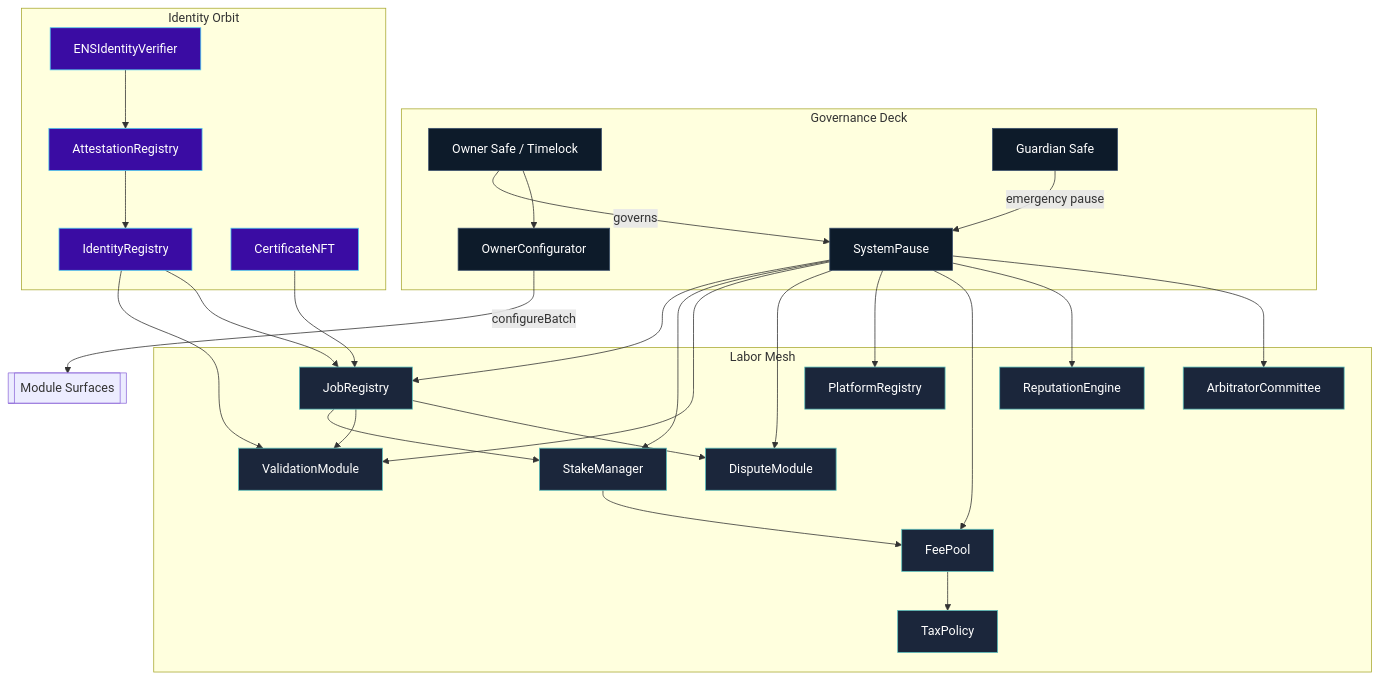
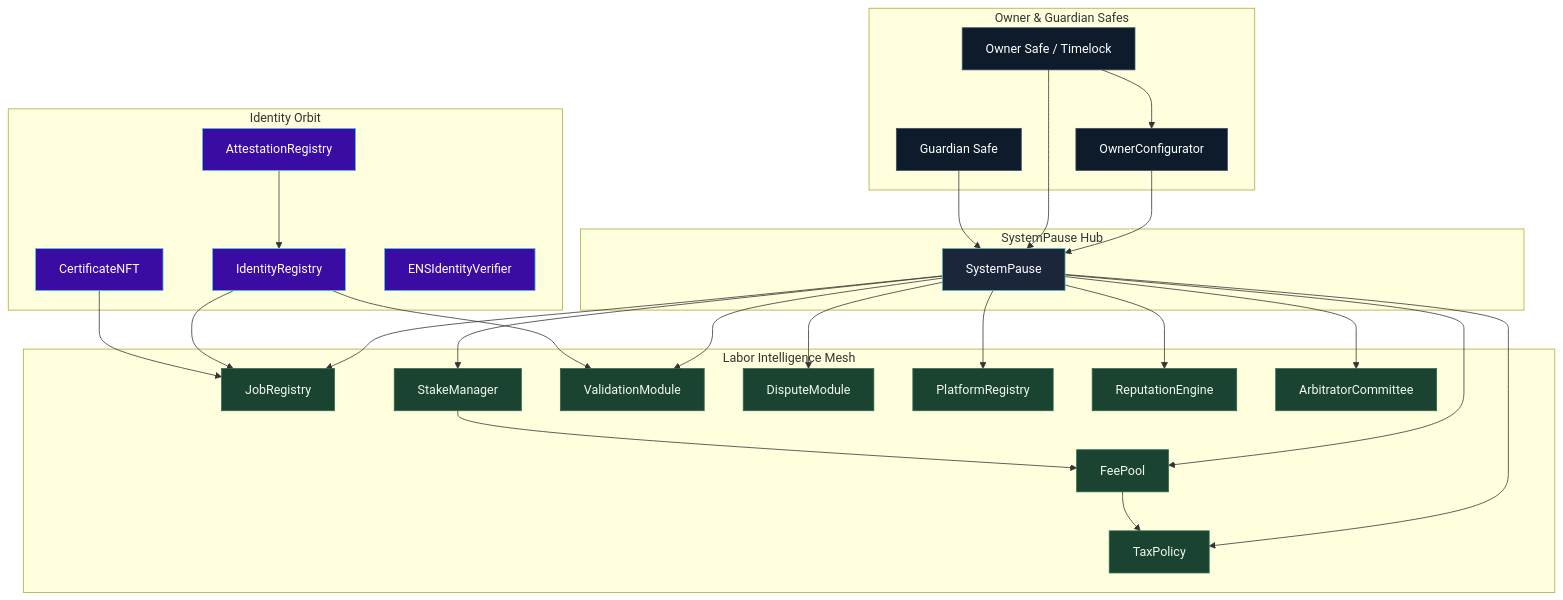
One commit to MontrealAI/agijobs-sovereign-labor-v0p1 changed the first of 3 diagrams in README.md. Above: the diagram before and after it, drawn with Mermaid. The commit also changed other lines of this file and 7 other files, not shown here.

````diff
--- a/README.md
+++ b/README.md
@@ -50,49 +44,53 @@
 ```mermaid
-flowchart TB
-    subgraph Governance Deck
+flowchart TD
+    subgraph Governance[Owner & Guardian Safes]
         owner[Owner Safe / Timelock]
         guardian[Guardian Safe]
         configurator[OwnerConfigurator]
+    end
+
+    subgraph Control[SystemPause Hub]
         pause[SystemPause]
     end
-    subgraph Labor Mesh
+
+    subgraph LaborMesh[Labor Intelligence Mesh]
         job[JobRegistry]
         stake[StakeManager]
         validate[ValidationModule]
         dispute[DisputeModule]
         platform[PlatformRegistry]
         fee[FeePool]
         rep[ReputationEngine]
         arb[ArbitratorCommittee]
         tax[TaxPolicy]
     end
-    subgraph Identity Orbit
-        id[IdentityRegistry]
-        att[AttestationRegistry]
+
+    subgraph Identity[Identity Orbit]
+        identityRegistry[IdentityRegistry]
+        attest[AttestationRegistry]
         cert[CertificateNFT]
         ens[ENSIdentityVerifier]
     end
 
-    owner -->|governs| pause
-    guardian -->|emergency pause| pause
     owner --> configurator
-    configurator -->|configureBatch| laborMesh[[Module Surfaces]]
-    pause --> job & stake & validate & dispute & platform & fee & rep & arb
-    job --> stake
-    job --> validate
-    job --> dispute
-    stake --> fee
-    fee --> tax
-    id --> validate
-    id --> job
-    att --> id
+    configurator --> pause
+    owner --> pause
+    guardian --> pause
+
+    pause --> job & stake & validate & dispute & platform & fee & rep & arb & tax
+    identityRegistry --> validate
+    identityRegistry --> job
+    attest --> identityRegistry
     cert --> job
-    ens --> att
+    stake --> fee --> tax
 
-    classDef deck fill:#0d1b2a,stroke:#3a506b,color:#fff;
-    classDef mesh fill:#1b263b,stroke:#5bc0be,color:#fff;
-    classDef orbit fill:#3a0ca3,stroke:#4cc9f0,color:#fff;
-    class owner,guardian,configurator,pause deck;
+    classDef gov fill:#0d1b2a,stroke:#3a506b,color:#fff;
+    classDef hub fill:#1b263b,stroke:#5bc0be,color:#fff;
+    classDef mesh fill:#1b4332,stroke:#2d6a4f,color:#f1faee;
+    classDef id fill:#3a0ca3,stroke:#4cc9f0,color:#fff;
+
+    class owner,guardian,configurator gov;
+    class pause hub;
     class job,stake,validate,dispute,platform,fee,rep,arb,tax mesh;
-    class id,att,cert,ens orbit;
+    class identityRegistry,attest,cert,ens id;
 ```
````
